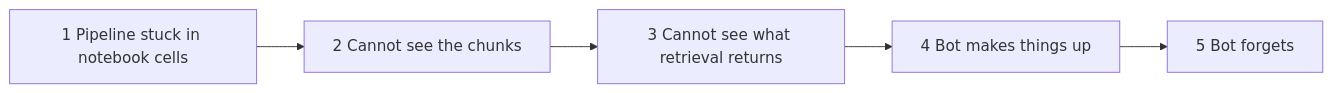
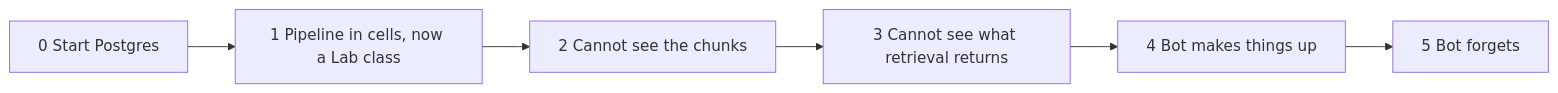
One commit to Thommans-Playground/coursera-IBM-RAG-Agentic-AI-Professional-Certificate changed the first of 8 diagrams in course2/module1/tutorials/03-build-the-rag-lab-web-app.md. Above: the diagram before and after it, drawn with Mermaid. The commit also changed other lines of this file and 18 other files, not shown here.

````diff
--- a/course2/module1/tutorials/03-build-the-rag-lab-web-app.md
+++ b/course2/module1/tutorials/03-build-the-rag-lab-web-app.md
@@ -17,7 +19,8 @@
 ```mermaid
 flowchart LR
-    S1["1 Pipeline stuck in notebook cells"] --> S2["2 Cannot see the chunks"]
+    S0["0 Start Postgres"] --> S1["1 Pipeline in cells, now a Lab class"]
+    S1 --> S2["2 Cannot see the chunks"]
     S2 --> S3["3 Cannot see what retrieval returns"]
     S3 --> S4["4 Bot makes things up"]
     S4 --> S5["5 Bot forgets"]
 ```
````
